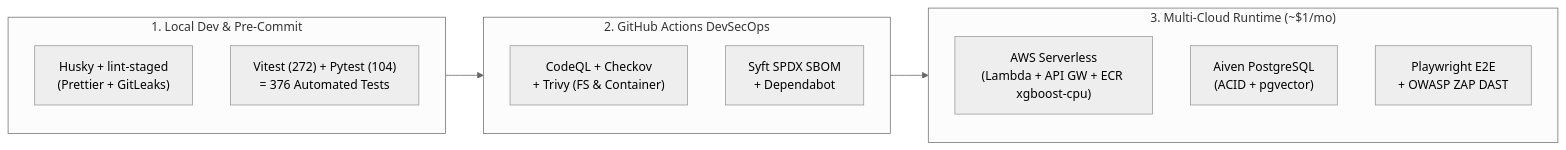
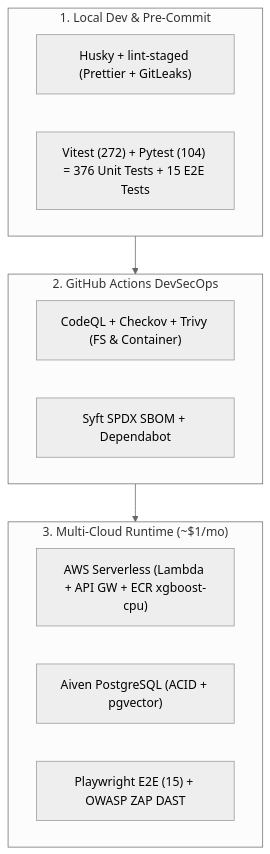
Before and after one commit to venkatesh-singamsetty/cricscore: the diagram in docs/tools.md, drawn with Mermaid (neutral theme). The commit also changed other lines of this file and 43 other files, not shown here.

````diff
--- a/docs/tools.md
+++ b/docs/tools.md
@@ -9,20 +9,20 @@
 ```mermaid
-flowchart LR
+flowchart TD
     subgraph Local["1. Local Dev & Pre-Commit"]
-        Pre["Husky + lint-staged\n(Prettier + GitLeaks)"]
-        TestLocal["Vitest (272) + Pytest (104)\n= 376 Automated Tests"]
+        Pre["Husky + lint-staged (Prettier + GitLeaks)"]
+        TestLocal["Vitest (272) + Pytest (104) = 376 Unit Tests + 15 E2E Tests"]
     end
 
     subgraph CI["2. GitHub Actions DevSecOps"]
-        SAST["CodeQL + Checkov\n+ Trivy (FS & Container)"]
-        SBOM["Syft SPDX SBOM\n+ Dependabot"]
+        SAST["CodeQL + Checkov + Trivy (FS & Container)"]
+        SBOM["Syft SPDX SBOM + Dependabot"]
     end
 
     subgraph Cloud["3. Multi-Cloud Runtime (~$1/mo)"]
-        AWS["AWS Serverless\n(Lambda + API GW + ECR xgboost-cpu)"]
-        Aiven["Aiven PostgreSQL\n(ACID + pgvector)"]
-        DAST["Playwright E2E\n+ OWASP ZAP DAST"]
+        AWS["AWS Serverless (Lambda + API GW + ECR xgboost-cpu)"]
+        Aiven["Aiven PostgreSQL (ACID + pgvector)"]
+        DAST["Playwright E2E (15) + OWASP ZAP DAST"]
     end
 
     Local --> CI --> Cloud
 ```
````
